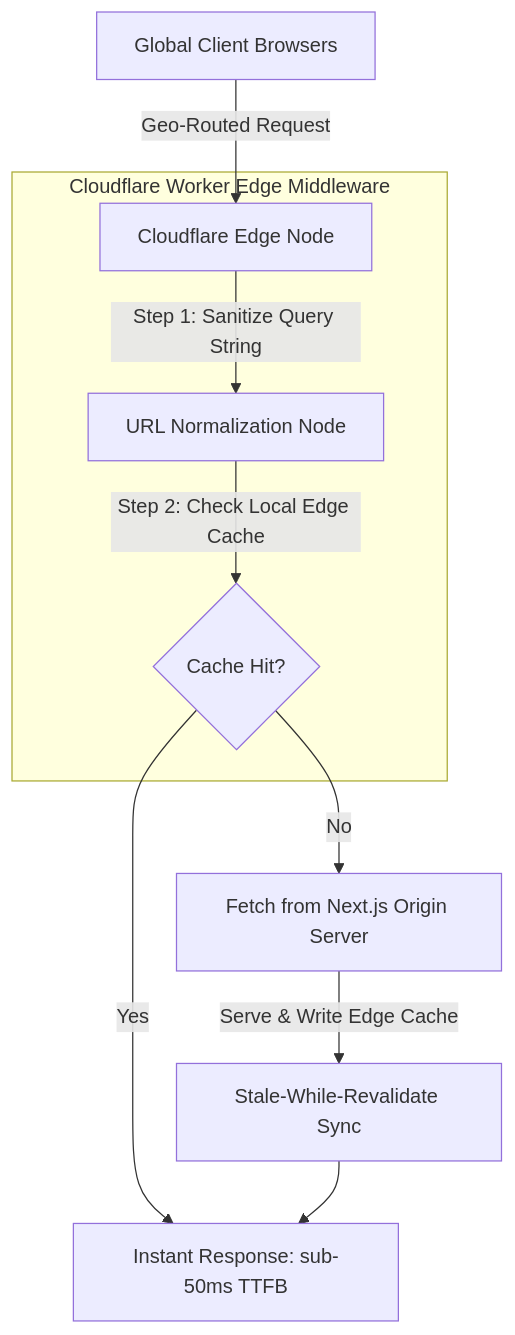
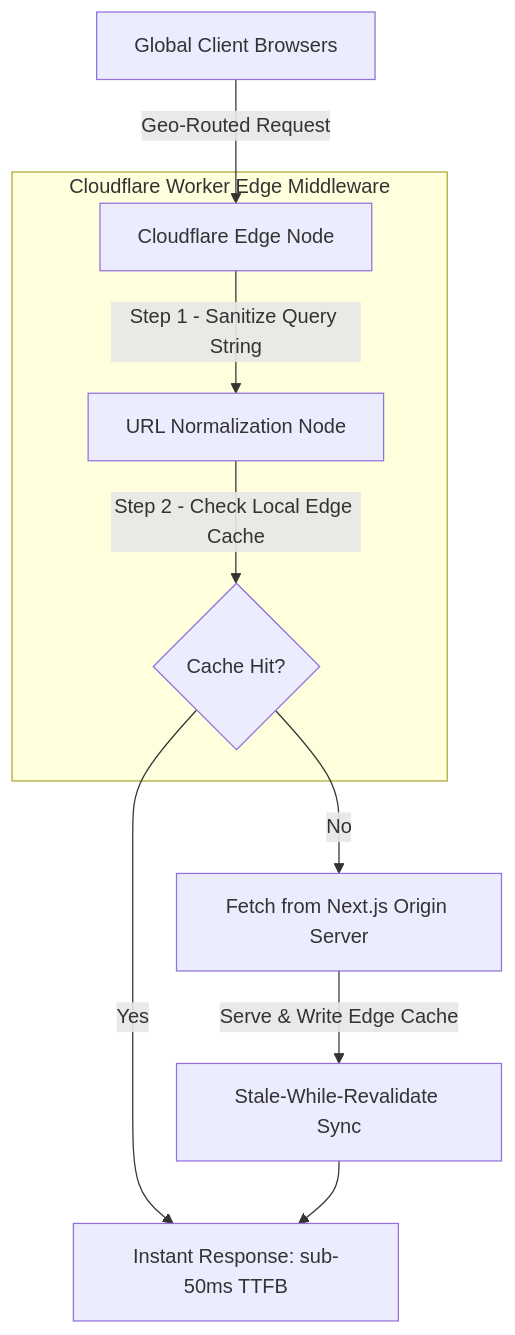
Before and after one commit to akmalkhaniub/akmalkhaniub.github.io: the diagram in blog/posts/case-study-ecommerce-global-edge-delivery-static-site-hydration.md, drawn with Mermaid. The commit also changed 411 other files, not shown here.

````diff
--- a/blog/posts/case-study-ecommerce-global-edge-delivery-static-site-hydration.md
+++ b/blog/posts/case-study-ecommerce-global-edge-delivery-static-site-hydration.md
@@ -38,15 +38,15 @@
 ```mermaid
-graph TD
+flowchart TD
   A[Global Client Browsers] -->|Geo-Routed Request| B[Cloudflare Edge Node]
   
   subgraph SG1_CloudflareWorkerEdge ["Cloudflare Worker Edge Middleware"]
-    B -->|Step 1: Sanitize Query String| C[URL Normalization Node]
-    C -->|Step 2: Check Local Edge Cache| D{Cache Hit?}
+    B -->|Step 1 - Sanitize Query String| C[URL Normalization Node]
+    C -->|Step 2 - Check Local Edge Cache| D{Cache Hit?}
   end
   
   D -->|Yes| E[Instant Response: sub-50ms TTFB]
   D -->|No| F[Fetch from Next.js Origin Server]
   
   F -->|Serve & Write Edge Cache| G[Stale-While-Revalidate Sync]
   G --> E
 ```
````
